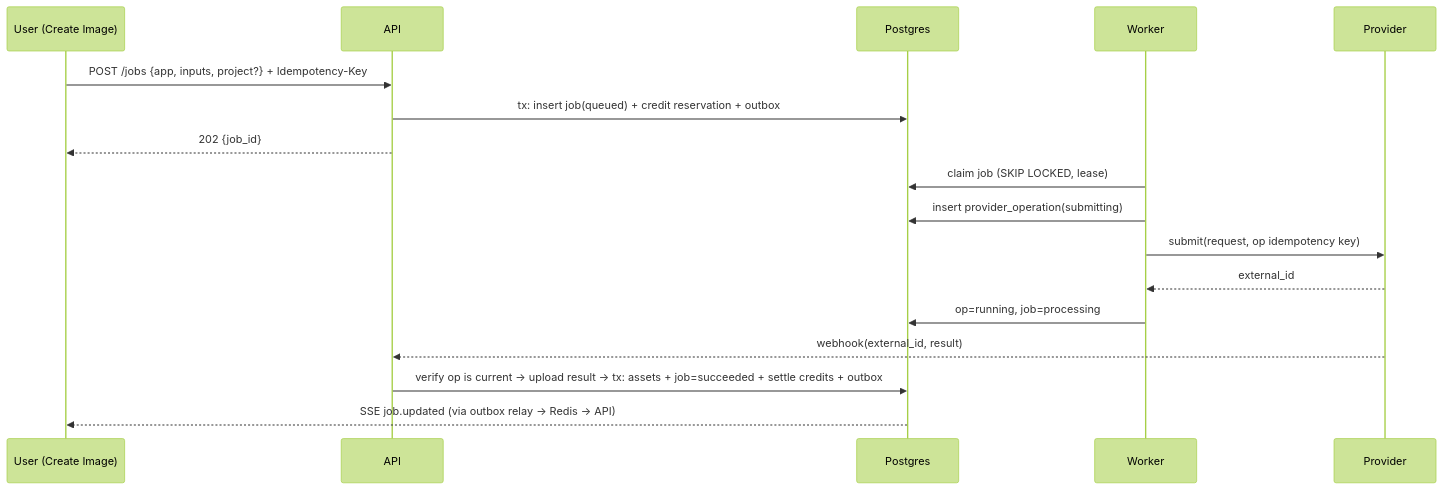
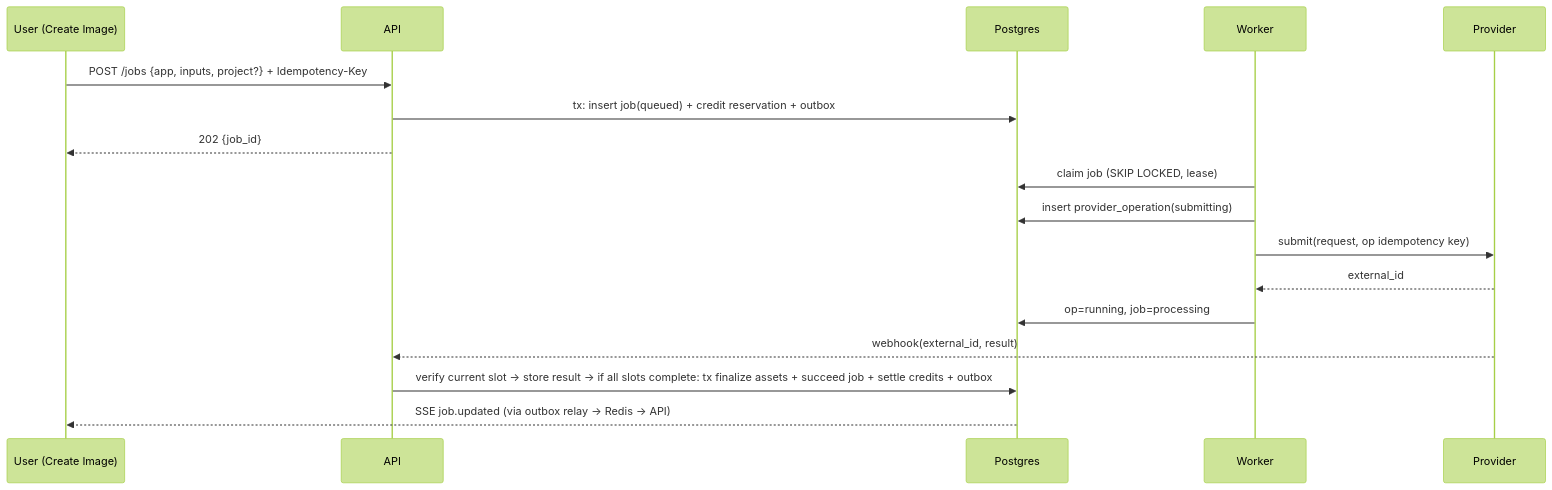
Before and after one commit to rolycg/pika-takehome-task: the third of 3 diagrams in production-system-design.md, drawn with Mermaid (forest theme). The commit also changed other lines of this file and 9 other files, not shown here.

````diff
--- a/production-system-design.md
+++ b/production-system-design.md
@@ -98,19 +98,19 @@
 ```mermaid
 sequenceDiagram
   participant U as User (Create Image)
   participant API
   participant DB as Postgres
   participant W as Worker
   participant P as Provider
   U->>API: POST /jobs {app, inputs, project?} + Idempotency-Key
   API->>DB: tx: insert job(queued) + credit reservation + outbox
   API-->>U: 202 {job_id}
   W->>DB: claim job (SKIP LOCKED, lease)
   W->>DB: insert provider_operation(submitting)
   W->>P: submit(request, op idempotency key)
   P-->>W: external_id
   W->>DB: op=running, job=processing
   P-->>API: webhook(external_id, result)
-  API->>DB: verify op is current → upload result → tx: assets + job=succeeded + settle credits + outbox
+  API->>DB: verify current slot → store result → if all slots complete: tx finalize assets + succeed job + settle credits + outbox
   DB-->>U: SSE job.updated (via outbox relay → Redis → API)
 ```
````
